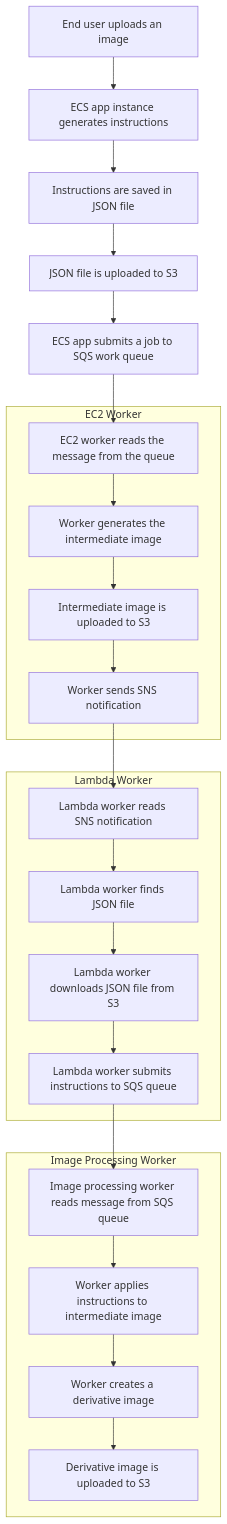
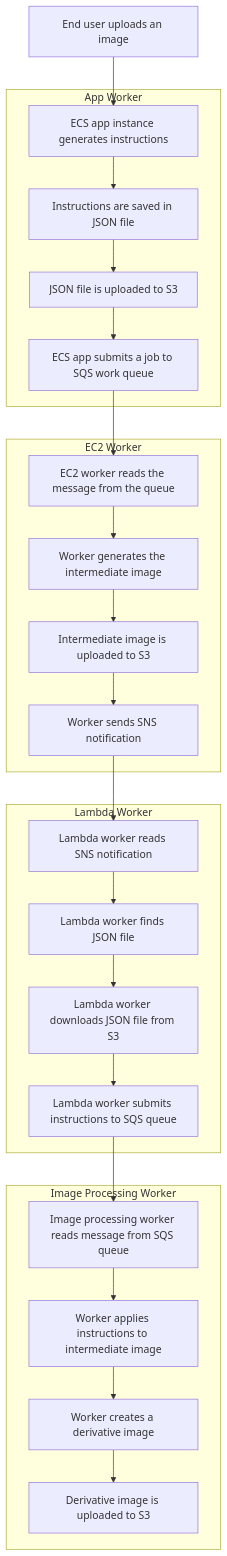
One commit to danmiley/dot.emacs changed the second of 2 diagrams in Diagrams.MD. Above: the diagram before and after it, drawn with Mermaid.

````diff
--- a/Diagrams.MD
+++ b/Diagrams.MD
@@ -22,31 +22,35 @@
 ```mermaid
 graph TD
     A[End user uploads an image] --> B[ECS app instance generates instructions]
+
+    subgraph App Worker
     B --> C[Instructions are saved in JSON file]
     C --> D[JSON file is uploaded to S3]
     D --> E[ECS app submits a job to SQS work queue]
+    end
+
     E --> F[EC2 worker reads the message from the queue]
 
     subgraph EC2 Worker
     F --> G[Worker generates the intermediate image]
     G --> H[Intermediate image is uploaded to S3]
     H --> I[Worker sends SNS notification]
     end
 
     I --> J[Lambda worker reads SNS notification]
 
     subgraph Lambda Worker
     J --> K[Lambda worker finds JSON file]
     K --> L[Lambda worker downloads JSON file from S3]
     L --> M[Lambda worker submits instructions to SQS queue]
     end
 
     M --> N[Image processing worker reads message from SQS queue]
 
     subgraph Image Processing Worker
     N --> O[Worker applies instructions to intermediate image]
     O --> P[Worker creates a derivative image]
     P --> Q[Derivative image is uploaded to S3]
     end
 
 ```
````
